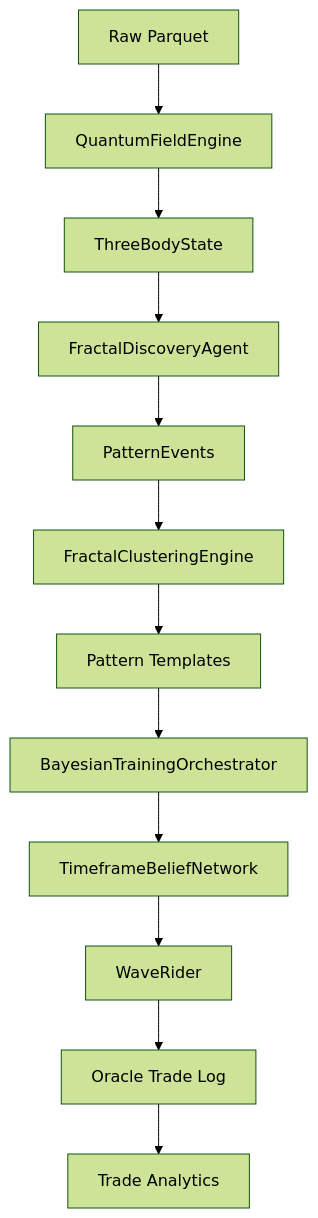
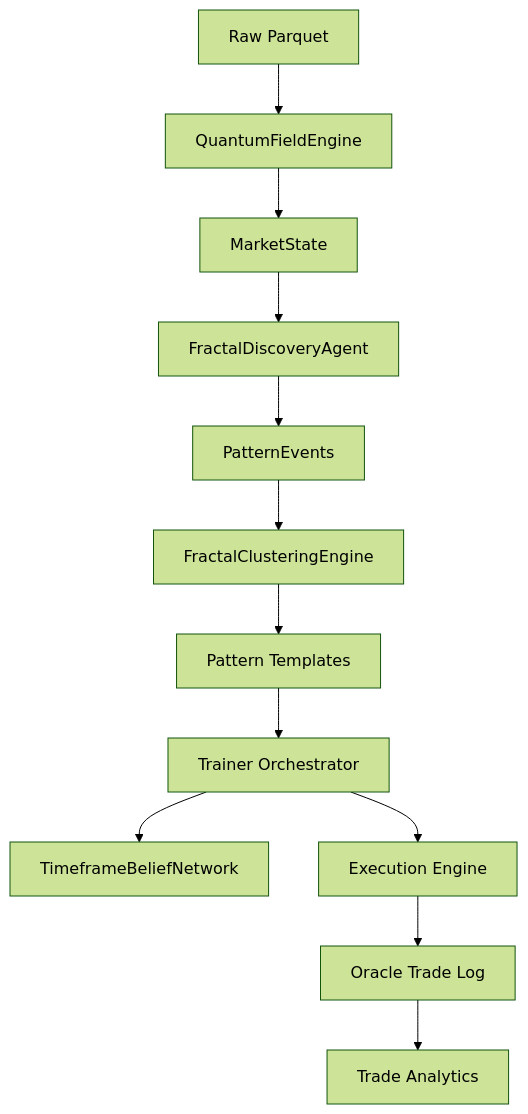
One commit to reyses/Bayesian-AI changed the diagram in docs/ARCHITECTURE.md. Above: the diagram before and after it, drawn with Mermaid (forest theme). The commit also changed other lines of this file and 2 other files, not shown here.

First line of the commit message:
docs: auto-update changelog, architecture, and system status

````diff
--- a/docs/ARCHITECTURE.md
+++ b/docs/ARCHITECTURE.md
@@ -59,14 +48,14 @@
 ```mermaid
 graph TD
     A[Raw Parquet] --> B[QuantumFieldEngine]
-    B --> C[ThreeBodyState]
+    B --> C[MarketState]
     C --> D[FractalDiscoveryAgent]
     D --> E[PatternEvents]
     E --> F[FractalClusteringEngine]
     F --> G[Pattern Templates]
-    G --> H[BayesianTrainingOrchestrator]
+    G --> H[Trainer Orchestrator]
     H --> I[TimeframeBeliefNetwork]
-    I --> J[WaveRider]
+    H --> J[Execution Engine]
     J --> K[Oracle Trade Log]
     K --> L[Trade Analytics]
 ```
````
